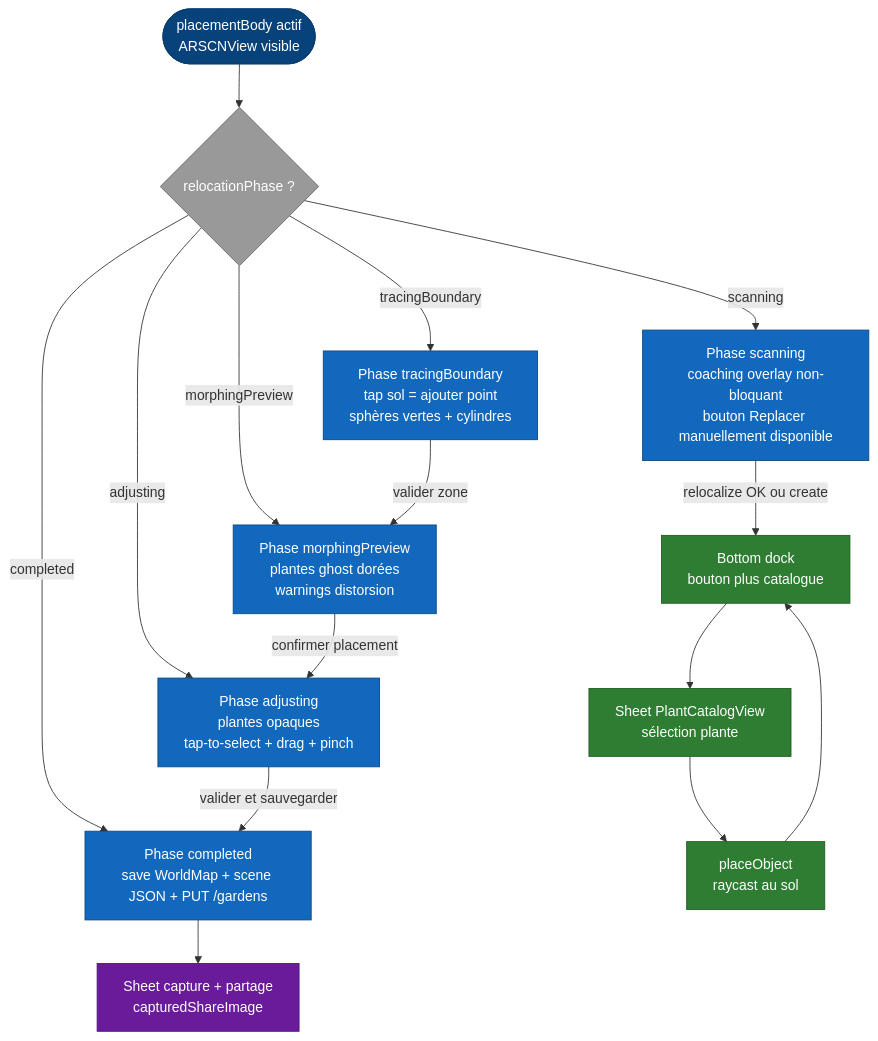
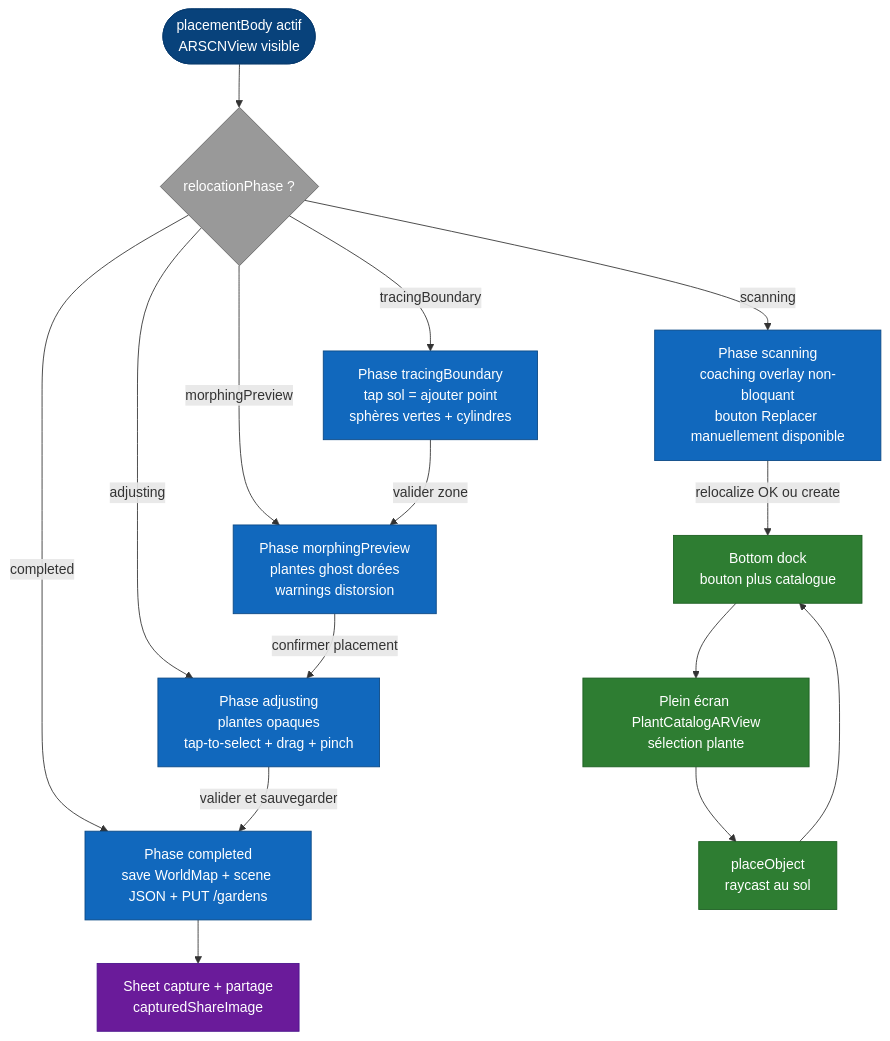
One commit to ArboreTeam/Arbore changed the diagram in docs/fr/screens/garden-ar-placement.md. Above: the diagram before and after it, drawn with Mermaid. The commit also changed other lines of this file and 13 other files, not shown here.

````diff
--- a/docs/fr/screens/garden-ar-placement.md
+++ b/docs/fr/screens/garden-ar-placement.md
@@ -31,47 +31,47 @@
 ```mermaid
 flowchart TB
     body([placementBody actif<br/>ARSCNView visible])
 
     relo{relocationPhase ?}
 
     scanning[Phase scanning<br/>coaching overlay non-bloquant<br/>bouton Replacer manuellement disponible]
     tracing[Phase tracingBoundary<br/>tap sol = ajouter point<br/>sphères vertes + cylindres]
     morph[Phase morphingPreview<br/>plantes ghost dorées<br/>warnings distorsion]
     adjust[Phase adjusting<br/>plantes opaques<br/>tap-to-select + drag + pinch]
     completed[Phase completed<br/>save WorldMap + scene JSON + PUT /gardens]
 
     dock[Bottom dock<br/>bouton plus catalogue]
-    picker[Sheet PlantCatalogView<br/>sélection plante]
+    picker[Plein écran PlantCatalogARView<br/>sélection plante]
     place[placeObject<br/>raycast au sol]
 
     share[Sheet capture + partage<br/>capturedShareImage]
 
     body --> relo
 
     relo -->|scanning| scanning
     relo -->|tracingBoundary| tracing
     relo -->|morphingPreview| morph
     relo -->|adjusting| adjust
     relo -->|completed| completed
 
     scanning -->|relocalize OK ou create| dock
     dock --> picker
     picker --> place
     place --> dock
 
     tracing -->|valider zone| morph
     morph -->|confirmer placement| adjust
     adjust -->|valider et sauvegarder| completed
     completed --> share
 
     classDef body fill:#08427B,stroke:#073B6F,color:#fff
     classDef phase fill:#1168BD,stroke:#0B4884,color:#fff
     classDef widget fill:#2E7D32,stroke:#1B5E20,color:#fff
     classDef terminal fill:#6A1B9A,stroke:#4A148C,color:#fff
     classDef cond fill:#999,stroke:#666,color:#fff
     class body body
     class scanning,tracing,morph,adjust,completed phase
     class dock,picker,place widget
     class share terminal
     class relo cond
 ```
````
